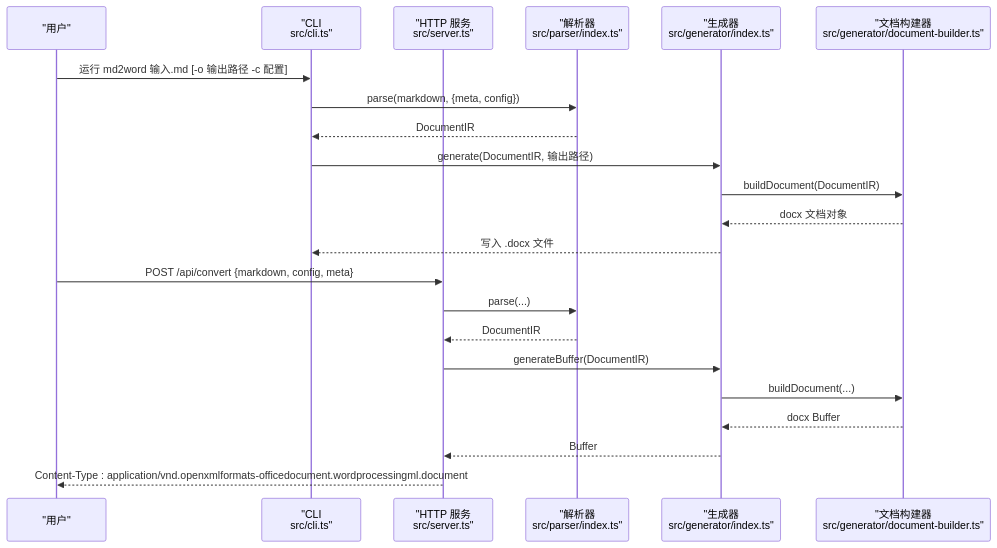
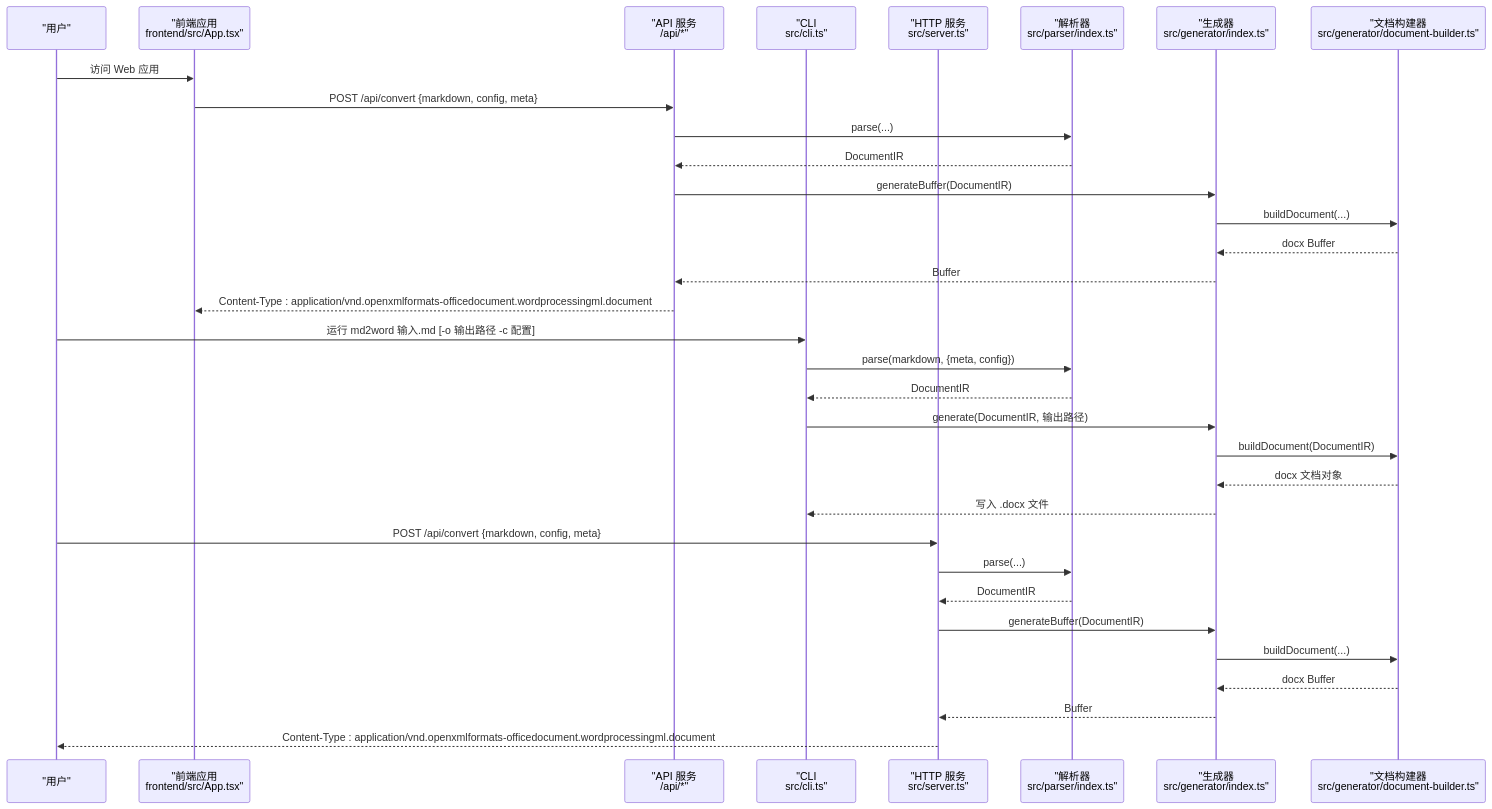
The second of 9 diagrams in .lingma/repowiki/zh/content/开发指南/开发指南.md (wanwushelie/markdown-to-word-studio), drawn with Mermaid before and after one commit. The commit also changed other lines of this file and 21 other files, not shown here.

````diff
--- a/.lingma/repowiki/zh/content/开发指南/开发指南.md
+++ b/.lingma/repowiki/zh/content/开发指南/开发指南.md
@@ -117,24 +143,35 @@
 ```mermaid
 sequenceDiagram
 participant User as "用户"
+participant Frontend as "前端应用<br/>frontend/src/App.tsx"
+participant API as "API 服务<br/>/api/*"
 participant CLI as "CLI<br/>src/cli.ts"
 participant Server as "HTTP 服务<br/>src/server.ts"
 participant Parser as "解析器<br/>src/parser/index.ts"
 participant Gen as "生成器<br/>src/generator/index.ts"
 participant Builder as "文档构建器<br/>src/generator/document-builder.ts"
+User->>Frontend : 访问 Web 应用
+Frontend->>API : POST /api/convert {markdown, config, meta}
+API->>Parser : parse(...)
+Parser-->>API : DocumentIR
+API->>Gen : generateBuffer(DocumentIR)
+Gen->>Builder : buildDocument(...)
+Builder-->>Gen : docx Buffer
+Gen-->>API : Buffer
+API-->>Frontend : Content-Type : application/vnd.openxmlformats-officedocument.wordprocessingml.document
 User->>CLI : 运行 md2word 输入.md [-o 输出路径 -c 配置]
 CLI->>Parser : parse(markdown, {meta, config})
 Parser-->>CLI : DocumentIR
 CLI->>Gen : generate(DocumentIR, 输出路径)
 Gen->>Builder : buildDocument(DocumentIR)
 Builder-->>Gen : docx 文档对象
 Gen-->>CLI : 写入 .docx 文件
 User->>Server : POST /api/convert {markdown, config, meta}
 Server->>Parser : parse(...)
 Parser-->>Server : DocumentIR
 Server->>Gen : generateBuffer(DocumentIR)
 Gen->>Builder : buildDocument(...)
 Builder-->>Gen : docx Buffer
 Gen-->>Server : Buffer
 Server-->>User : Content-Type : application/vnd.openxmlformats-officedocument.wordprocessingml.document
 ```
````
